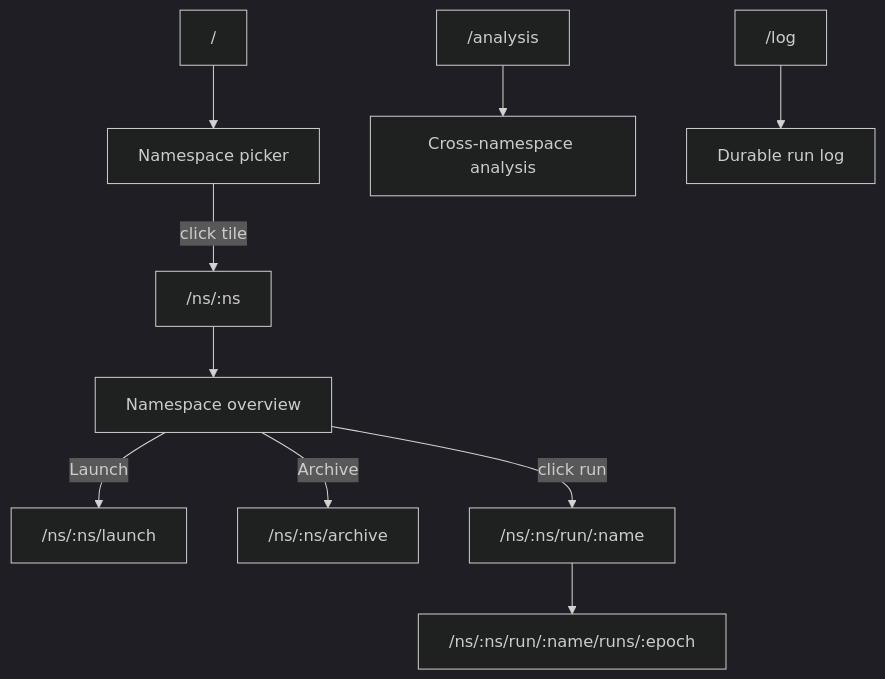
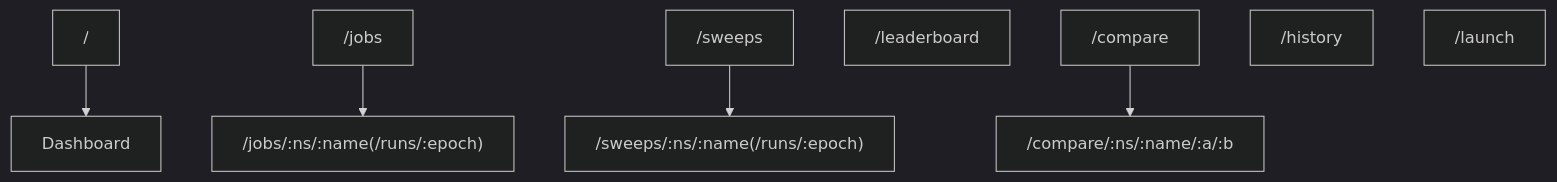
One commit to ai-dynamo/aiperf changed the diagram in docs/kubernetes/dashboard-ui.md. Above: the diagram before and after it, drawn with Mermaid (dark theme). The commit also changed other lines of this file, not shown here.

First line of the commit message:
docs(k8s): rewrite dashboard-ui to match the real flat SPA

````diff
--- a/docs/kubernetes/dashboard-ui.md
+++ b/docs/kubernetes/dashboard-ui.md
@@ -117,12 +118,10 @@
 ```mermaid
 flowchart TB
-    root["/"] --> Picker["Namespace picker"]
-    Picker -->|click tile| nsRoot["/ns/:ns"]
-    nsRoot --> Overview["Namespace overview"]
-    Overview -->|Launch| launch["/ns/:ns/launch"]
-    Overview -->|Archive| archive["/ns/:ns/archive"]
-    Overview -->|click run| run["/ns/:ns/run/:name"]
-    run --> epoch["/ns/:ns/run/:name/runs/:epoch"]
-    analysis["/analysis"] --> Analysis["Cross-namespace analysis"]
-    log["/log"] --> Log["Durable run log"]
+    dash["/"] --> Dashboard
+    jobs["/jobs"] --> JobDetail["/jobs/:ns/:name(/runs/:epoch)"]
+    sweeps["/sweeps"] --> SweepDetail["/sweeps/:ns/:name(/runs/:epoch)"]
+    lb["/leaderboard"]
+    cmp["/compare"] --> CompareEpochs["/compare/:ns/:name/:a/:b"]
+    hist["/history"]
+    launch["/launch"]
 ```
````
